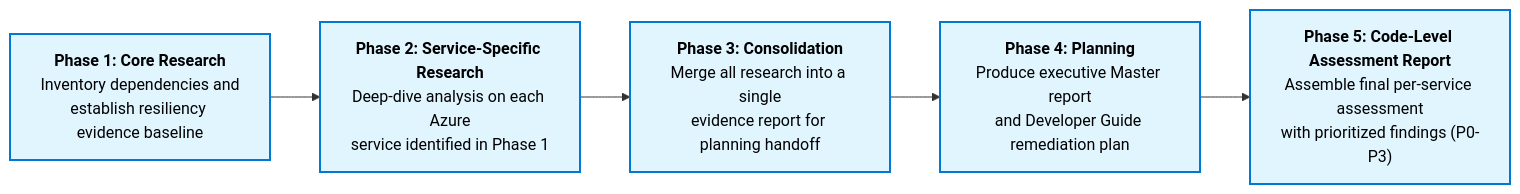
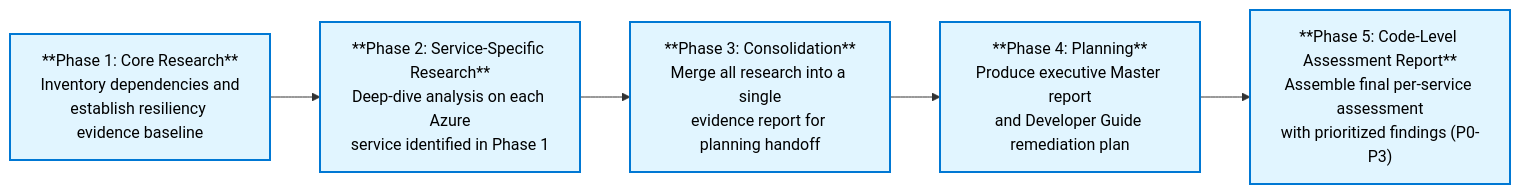
The third of 3 diagrams in docs/resiliency-researcher-workflow.md (christopherromero/HVE-Resiliency), drawn with Mermaid before and after one commit. The commit also changed 3 other files, not shown here.

Commit message:
Updated prompts and mermaid diagram rendering issues.

````diff
--- a/docs/resiliency-researcher-workflow.md
+++ b/docs/resiliency-researcher-workflow.md
@@ -51,13 +51,13 @@
 ```mermaid
 flowchart LR
-    P1["<b>Phase 1: Core Research</b><br/>Inventory dependencies and<br/>establish resiliency evidence baseline"]
-    P2["<b>Phase 2: Service-Specific Research</b><br/>Deep-dive analysis on each Azure<br/>service identified in Phase 1"]
-    P3["<b>Phase 3: Consolidation</b><br/>Merge all research into a single<br/>evidence report for planning handoff"]
-    P4["<b>Phase 4: Planning</b><br/>Produce executive Master report<br/>and Developer Guide remediation plan"]
-    P5["<b>Phase 5: Code-Level Assessment Report</b><br/>Assemble final per-service assessment<br/>with prioritized findings (P0-P3)"]
+    P1["**Phase 1: Core Research**<br/>Inventory dependencies and<br/>establish resiliency evidence baseline"]
+    P2["**Phase 2: Service-Specific Research**<br/>Deep-dive analysis on each Azure<br/>service identified in Phase 1"]
+    P3["**Phase 3: Consolidation**<br/>Merge all research into a single<br/>evidence report for planning handoff"]
+    P4["**Phase 4: Planning**<br/>Produce executive Master report<br/>and Developer Guide remediation plan"]
+    P5["**Phase 5: Code-Level Assessment Report**<br/>Assemble final per-service assessment<br/>with prioritized findings (P0-P3)"]
 
     P1 --> P2 --> P3 --> P4 --> P5
 
     classDef phase fill:#e1f5ff,stroke:#0078d4,stroke-width:2px,color:#000
     class P1,P2,P3,P4,P5 phase
 ```
````
